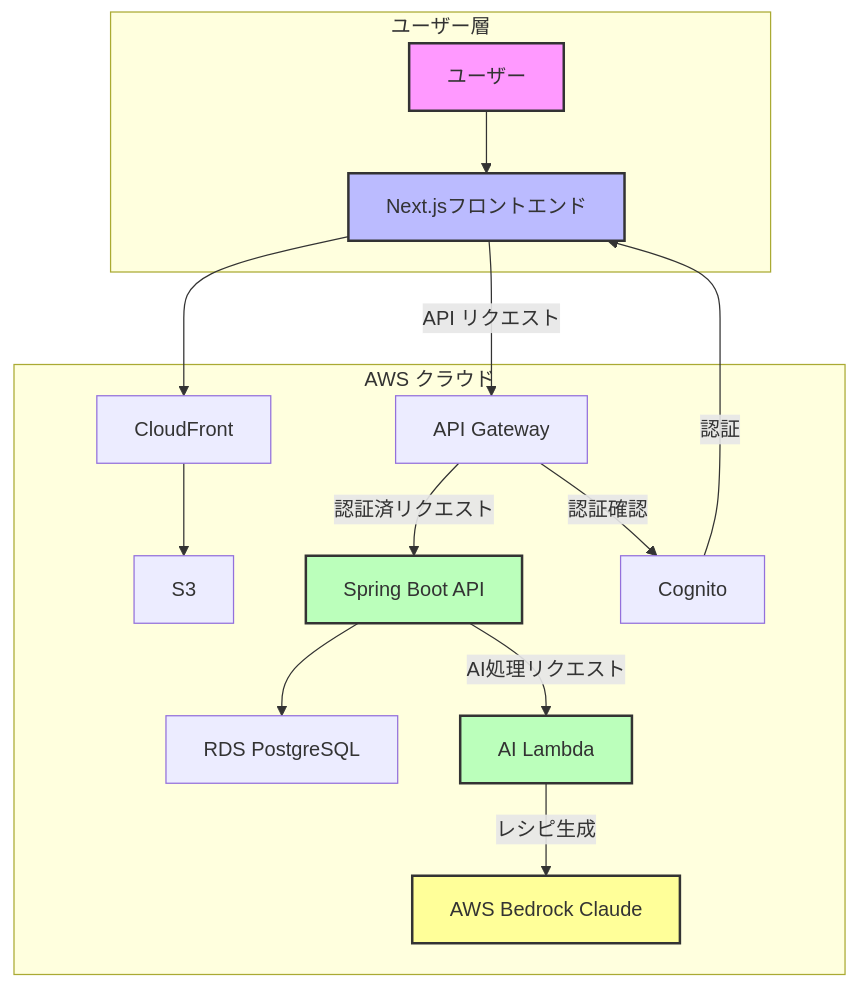
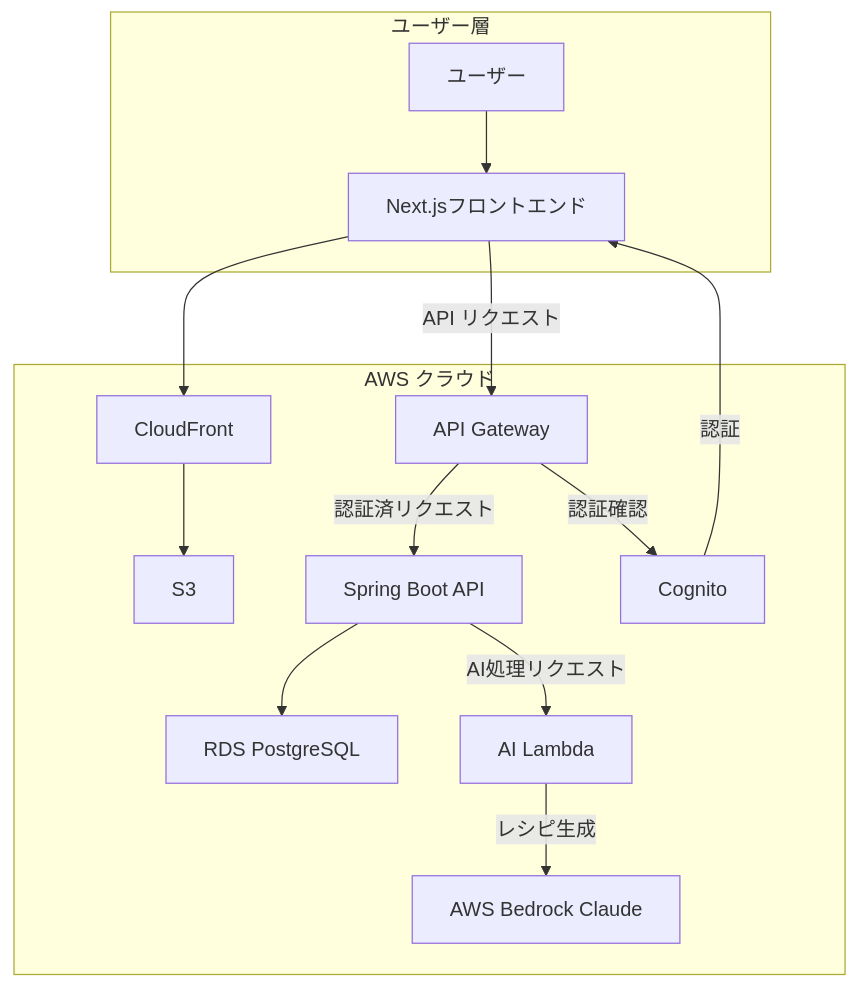
Before and after one commit to yoshi88wani/recipe-app: the first of 4 diagrams in docs/system-design.md, drawn with Mermaid. The commit also changed other lines of this file and 3 other files, not shown here.

````diff
--- a/docs/system-design.md
+++ b/docs/system-design.md
@@ -9,27 +7,21 @@
 ```mermaid
-graph TD
+flowchart TD
     subgraph "ユーザー層"
         A[ユーザー] --> B[Next.jsフロントエンド]
     end
     
     subgraph "AWS クラウド"
         B --> C[CloudFront]
         C --> D[S3]
         
         B -->|API リクエスト| E[API Gateway]
         E -->|認証済リクエスト| F[Spring Boot API]
         
         F --> G[RDS PostgreSQL]
         F -->|AI処理リクエスト| H[AI Lambda]
         H -->|レシピ生成| I[AWS Bedrock Claude]
         
         J[Cognito] -->|認証| B
         E -->|認証確認| J
     end
-    
-    style A fill:#f9f,stroke:#333,stroke-width:2px
-    style B fill:#bbf,stroke:#333,stroke-width:2px
-    style F fill:#bfb,stroke:#333,stroke-width:2px
-    style H fill:#bfb,stroke:#333,stroke-width:2px
-    style I fill:#ff9,stroke:#333,stroke-width:2px
 ```
````
